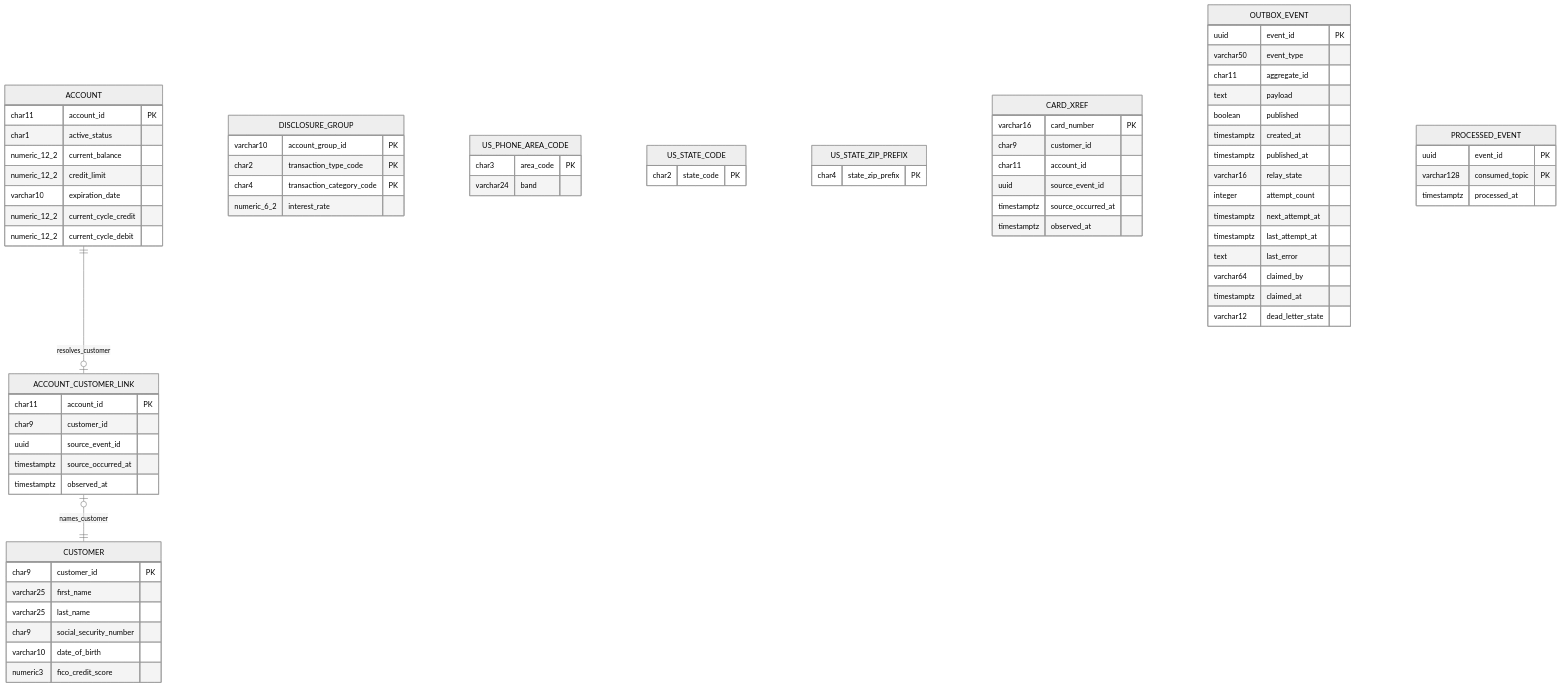
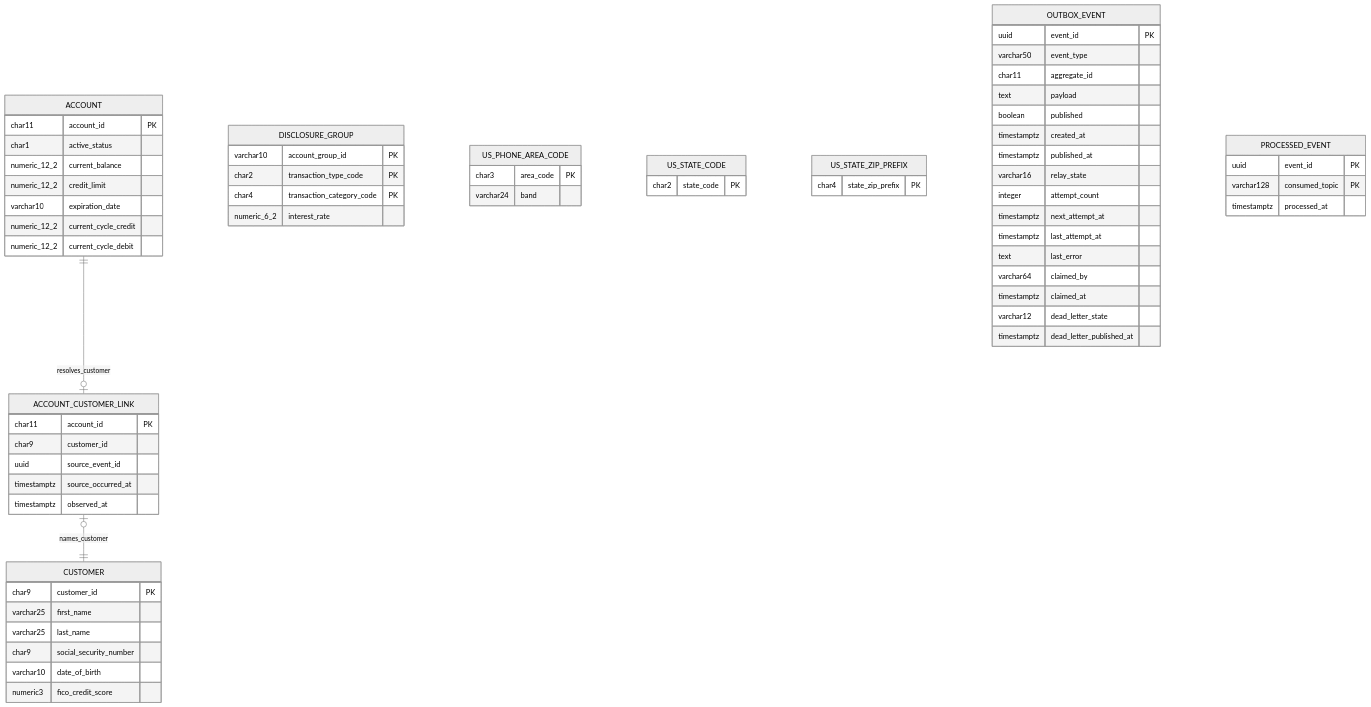
Before and after one commit to blitzy-public-samples/aws-carddemo-blitzy: the fifth of 6 diagrams in card-platform/docs/data-model.md, drawn with Mermaid (neutral theme). The commit also changed other lines of this file and 496 other files, not shown here.

````diff
--- a/card-platform/docs/data-model.md
+++ b/card-platform/docs/data-model.md
@@ -483,75 +493,68 @@
 ```mermaid
 erDiagram
     ACCOUNT {
         char11 account_id PK
         char1 active_status
         numeric_12_2 current_balance
         numeric_12_2 credit_limit
         varchar10 expiration_date
         numeric_12_2 current_cycle_credit
         numeric_12_2 current_cycle_debit
     }
     CUSTOMER {
         char9 customer_id PK
         varchar25 first_name
         varchar25 last_name
         char9 social_security_number
         varchar10 date_of_birth
         numeric3 fico_credit_score
     }
     ACCOUNT_CUSTOMER_LINK {
         char11 account_id PK
         char9 customer_id
         uuid source_event_id
         timestamptz source_occurred_at
         timestamptz observed_at
     }
     DISCLOSURE_GROUP {
         varchar10 account_group_id PK
         char2 transaction_type_code PK
         char4 transaction_category_code PK
         numeric_6_2 interest_rate
     }
     US_PHONE_AREA_CODE {
         char3 area_code PK
         varchar24 band
     }
     US_STATE_CODE {
         char2 state_code PK
     }
     US_STATE_ZIP_PREFIX {
         char4 state_zip_prefix PK
     }
-    CARD_XREF {
-        varchar16 card_number PK
-        char9 customer_id
-        char11 account_id
-        uuid source_event_id
-        timestamptz source_occurred_at
-        timestamptz observed_at
-    }
     OUTBOX_EVENT {
         uuid event_id PK
         varchar50 event_type
         char11 aggregate_id
         text payload
         boolean published
         timestamptz created_at
         timestamptz published_at
         varchar16 relay_state
         integer attempt_count
         timestamptz next_attempt_at
         timestamptz last_attempt_at
         text last_error
         varchar64 claimed_by
         timestamptz claimed_at
         varchar12 dead_letter_state
+        timestamptz dead_letter_published_at
     }
     PROCESSED_EVENT {
         uuid event_id PK
         varchar128 consumed_topic PK
         timestamptz processed_at
     }
     ACCOUNT ||--o| ACCOUNT_CUSTOMER_LINK : resolves_customer
     ACCOUNT_CUSTOMER_LINK |o--|| CUSTOMER : names_customer
 ```
````
